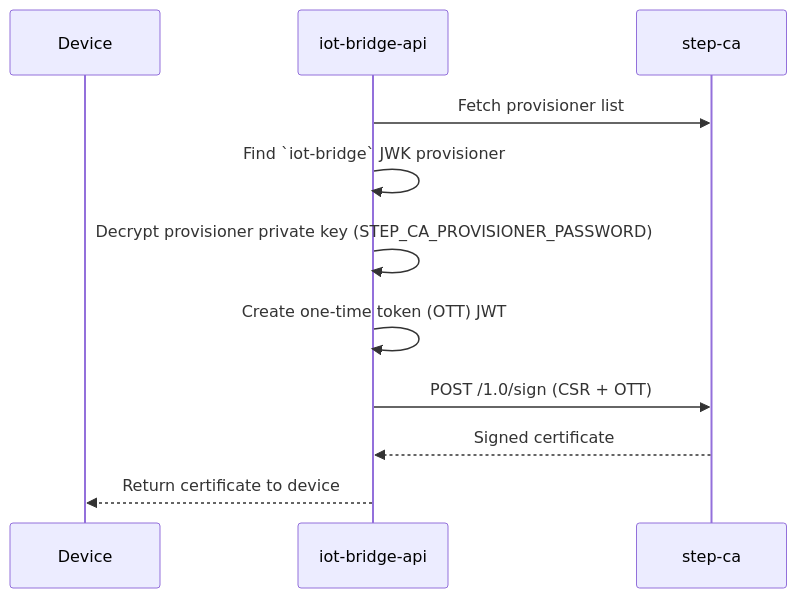
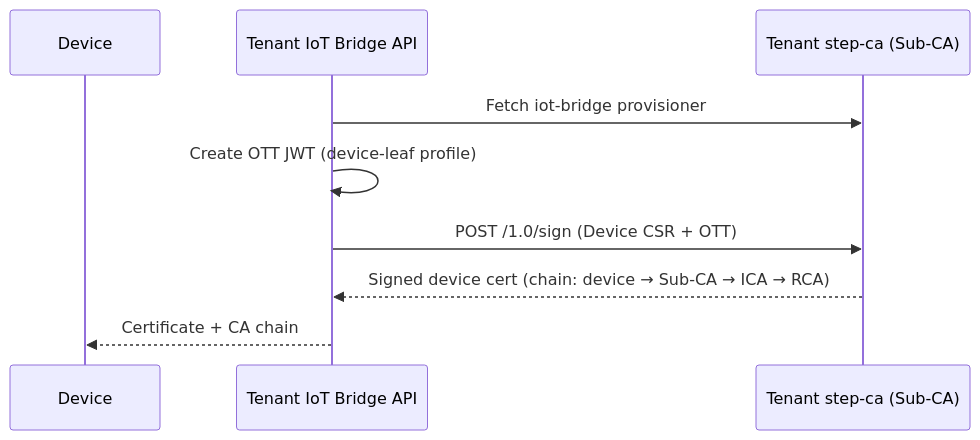
Before and after one commit to the78mole/complete-device-management: the third of 3 diagrams in docs/architecture/pki.md, drawn with Mermaid. The commit also changed other lines of this file and 49 other files, not shown here.

Commit message:
Complete Architecture Redesign - Phase 1.5 Documentation and Phase 2

````diff
--- a/docs/architecture/pki.md
+++ b/docs/architecture/pki.md
@@ -36,14 +75,12 @@
 ```mermaid
 sequenceDiagram
     participant D as Device
-    participant A as iot-bridge-api
-    participant S as step-ca
+    participant A as Tenant IoT Bridge API
+    participant S as Tenant step-ca (Sub-CA)
 
-    A->>S: Fetch provisioner list
-    A->>A: Find `iot-bridge` JWK provisioner
-    A->>A: Decrypt provisioner private key (STEP_CA_PROVISIONER_PASSWORD)
-    A->>A: Create one-time token (OTT) JWT
-    A->>S: POST /1.0/sign (CSR + OTT)
-    S-->>A: Signed certificate
-    A-->>D: Return certificate to device
+    A->>S: Fetch iot-bridge provisioner
+    A->>A: Create OTT JWT (device-leaf profile)
+    A->>S: POST /1.0/sign (Device CSR + OTT)
+    S-->>A: Signed device cert (chain: device → Sub-CA → ICA → RCA)
+    A-->>D: Certificate + CA chain
 ```
````
